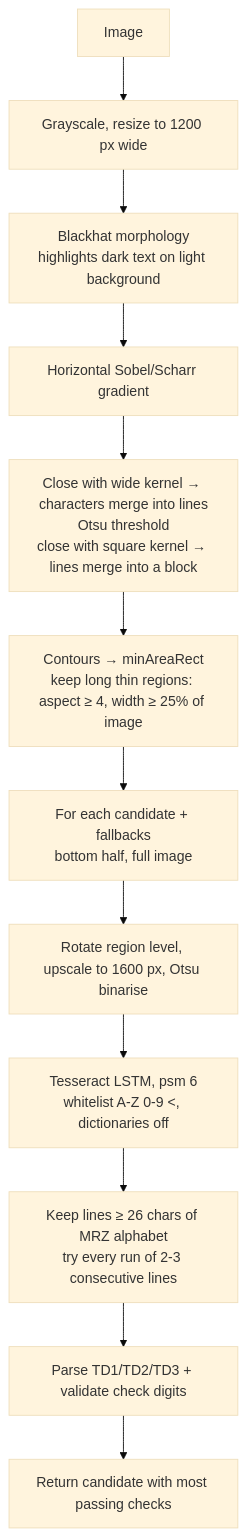
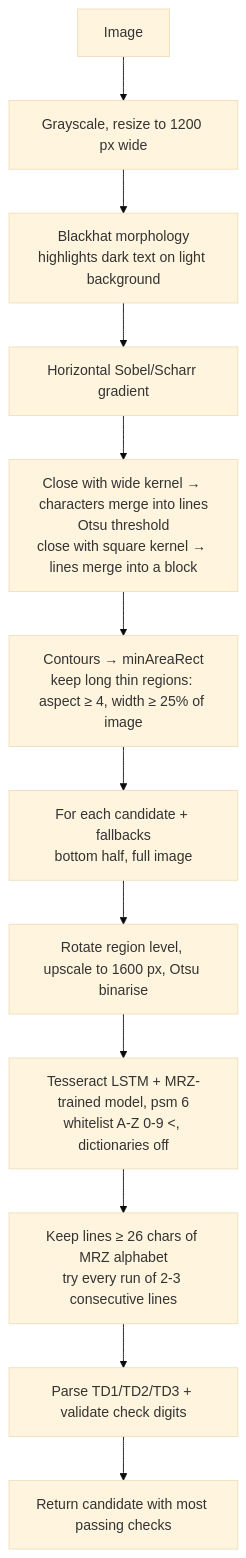
Before and after one commit to SaifAlnaqbi/id-portrait-extractor: the third of 4 diagrams in docs/DESIGN.md, drawn with Mermaid (base theme). The commit also changed other lines of this file and 5 other files, not shown here.

First line of the commit message:
Use MRZ-trained Tesseract model for field extraction

````diff
--- a/docs/DESIGN.md
+++ b/docs/DESIGN.md
@@ -153,14 +153,14 @@
 ```mermaid
 flowchart TD
     A[Image] --> B[Grayscale, resize to 1200 px wide]
     B --> C[Blackhat morphology<br/>highlights dark text on light background]
     C --> D[Horizontal Sobel/Scharr gradient]
     D --> E[Close with wide kernel → characters merge into lines<br/>Otsu threshold<br/>close with square kernel → lines merge into a block]
     E --> F[Contours → minAreaRect<br/>keep long thin regions: aspect ≥ 4, width ≥ 25% of image]
     F --> G[For each candidate + fallbacks<br/>bottom half, full image]
     G --> H[Rotate region level, upscale to 1600 px, Otsu binarise]
-    H --> I[Tesseract LSTM, psm 6<br/>whitelist A-Z 0-9 &lt;, dictionaries off]
+    H --> I[Tesseract LSTM + MRZ-trained model, psm 6<br/>whitelist A-Z 0-9 &lt;, dictionaries off]
     I --> J[Keep lines ≥ 26 chars of MRZ alphabet<br/>try every run of 2-3 consecutive lines]
     J --> K[Parse TD1/TD2/TD3 + validate check digits]
     K --> L[Return candidate with most passing checks]
 ```
````
